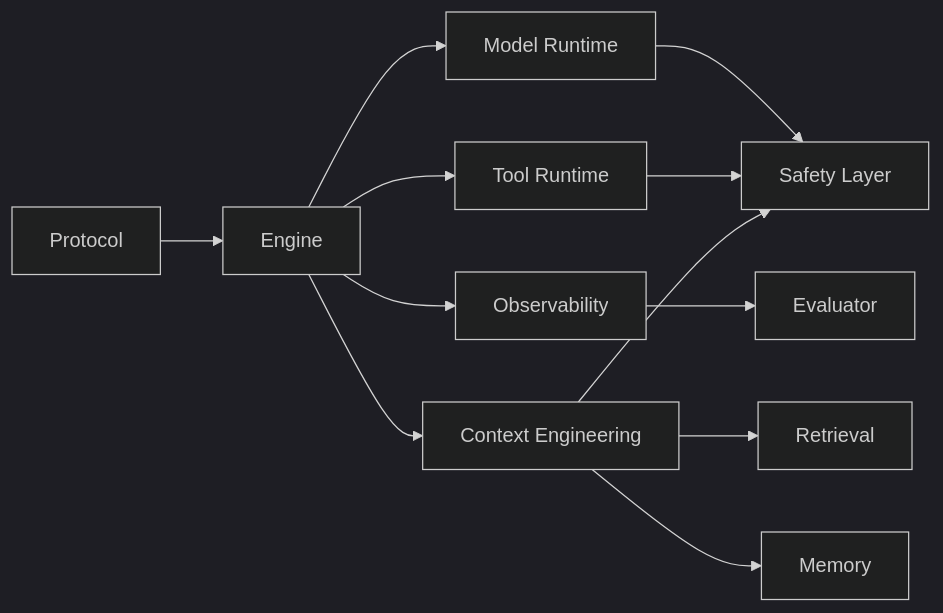
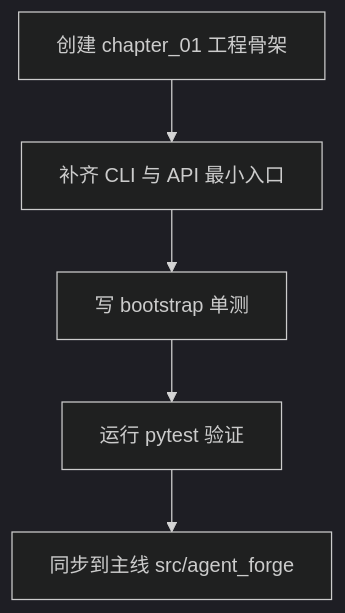
One commit to 869413421/build_agent changed the diagram in docs/tutorials/01-从0到1工业级Agent框架打造-第一章-为什么你总是做不出可上线的Agent.md. Above: the diagram before and after it, drawn with Mermaid (dark theme). The commit also changed other lines of this file and 10 other files, not shown here.

````diff
--- a/docs/tutorials/01-从0到1工业级Agent框架打造-第一章-为什么你总是做不出可上线的Agent.md
+++ b/docs/tutorials/01-从0到1工业级Agent框架打造-第一章-为什么你总是做不出可上线的Agent.md
@@ -100,14 +99,7 @@
 ```mermaid
-flowchart LR
-  A[Protocol] --> B[Engine]
-  B --> C[Model Runtime]
-  B --> D[Tool Runtime]
-  B --> E[Observability]
-  B --> F[Context Engineering]
-  F --> G[Retrieval]
-  F --> H[Memory]
-  E --> I[Evaluator]
-  C --> J[Safety Layer]
-  D --> J
-  F --> J
+flowchart TD
+  A[创建 chapter_01 工程骨架] --> B[补齐 CLI 与 API 最小入口]
+  B --> C[写 bootstrap 单测]
+  C --> D[运行 pytest 验证]
+  D --> E[同步到主线 src/agent_forge]
 ```
````
